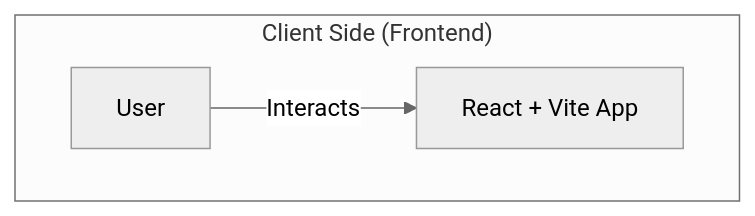
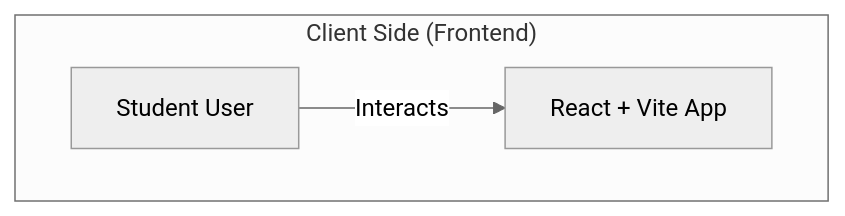
One commit to arupdhara/arup-demo changed the fourth of 6 diagrams in TECHNICAL_ARCHITECTURE.md. Above: the diagram before and after it, drawn with Mermaid (neutral theme). The commit also changed other lines of this file, not shown here.

````diff
--- a/TECHNICAL_ARCHITECTURE.md
+++ b/TECHNICAL_ARCHITECTURE.md
@@ -86,8 +95,8 @@
 ```mermaid
 graph TD
     subgraph "Client Side (Frontend)"
-        User[User]
-        UI[React + Vite App]
+        User[ Student User]
+        UI[ React + Vite App]
         User -->|Interacts| UI
     end
 ```
````
